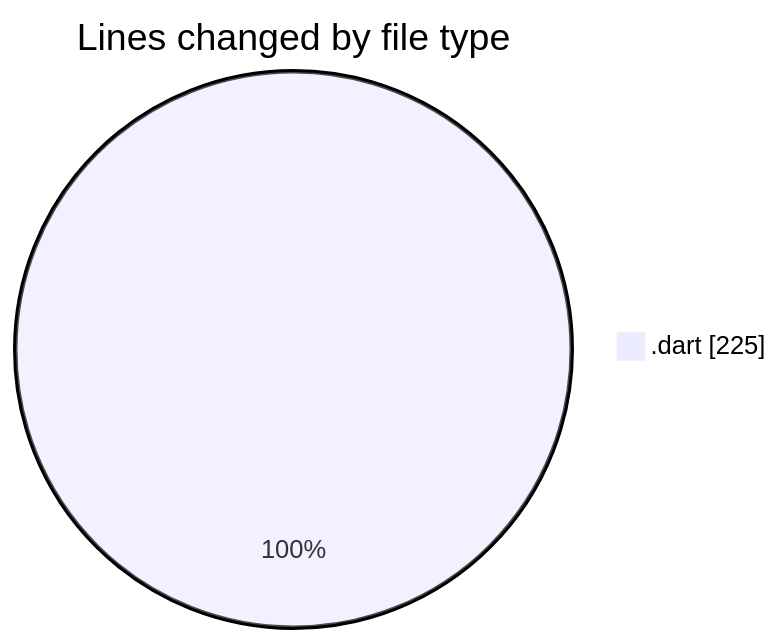
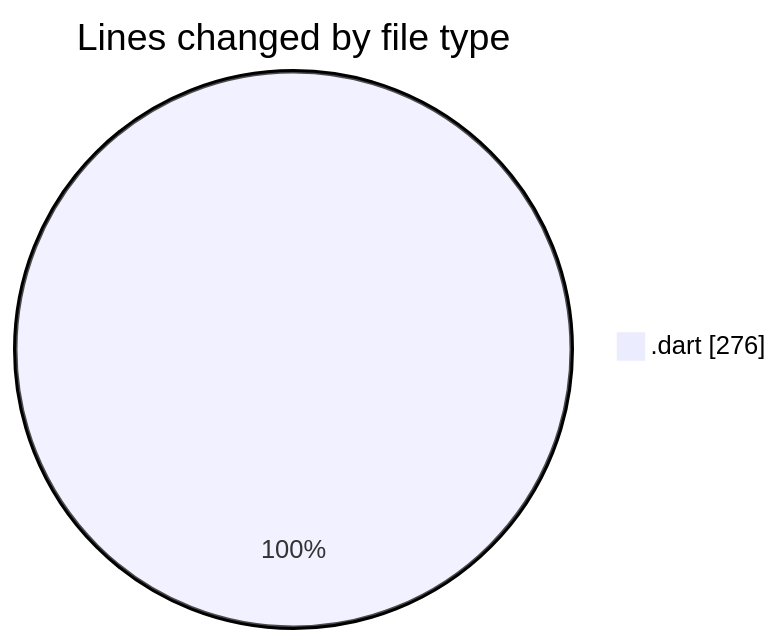
Before and after one commit to donsfak/code-tracking: the first of 2 diagrams in 2025-01-14/trackers_app/README.md, drawn with Mermaid. The commit also changed other lines of this file and 1 other file, not shown here.

````diff
--- a/2025-01-14/trackers_app/README.md
+++ b/2025-01-14/trackers_app/README.md
@@ -23,5 +24,5 @@
 ```mermaid
 pie showData
 title Lines changed by file type
-".dart" : 225
+".dart" : 276
 ```
````
